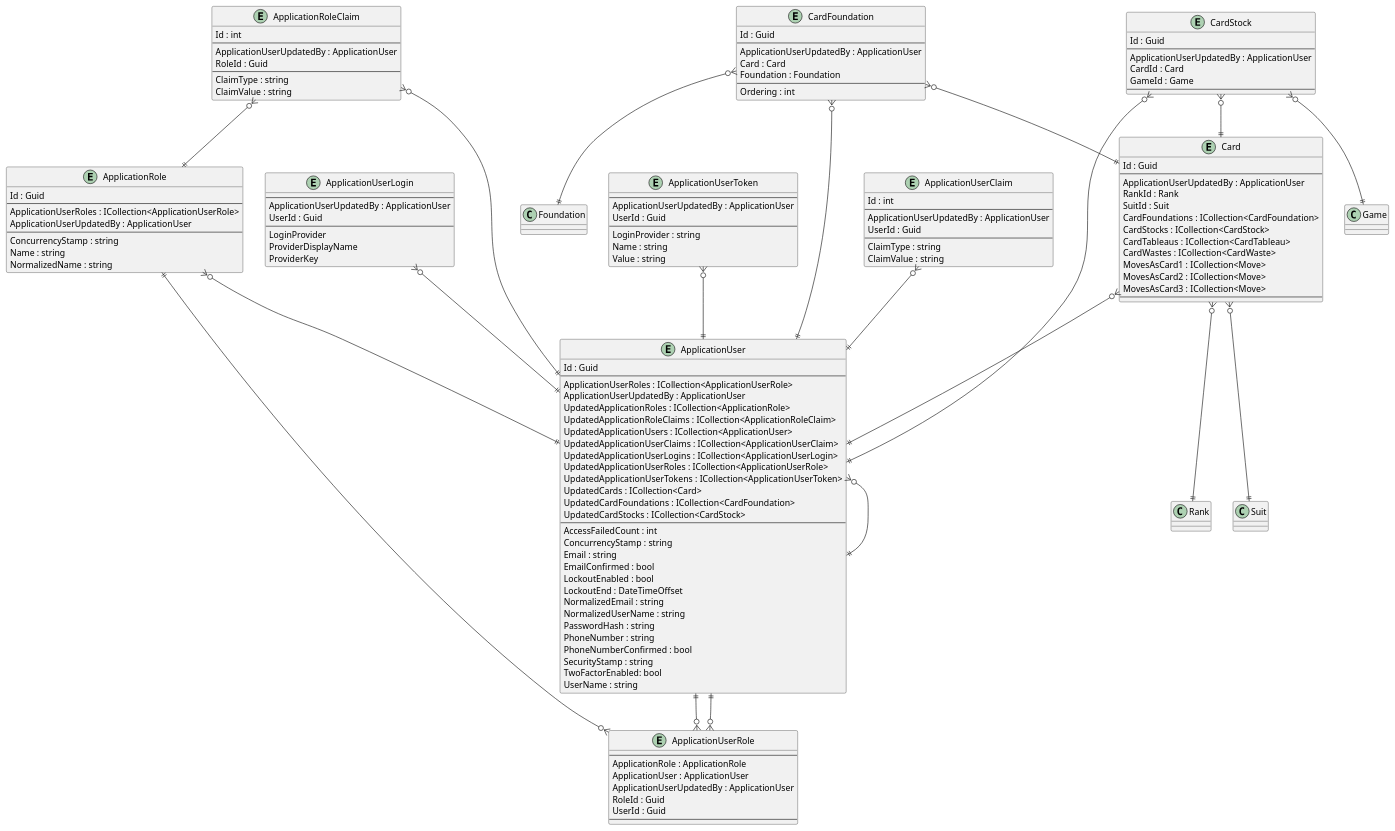
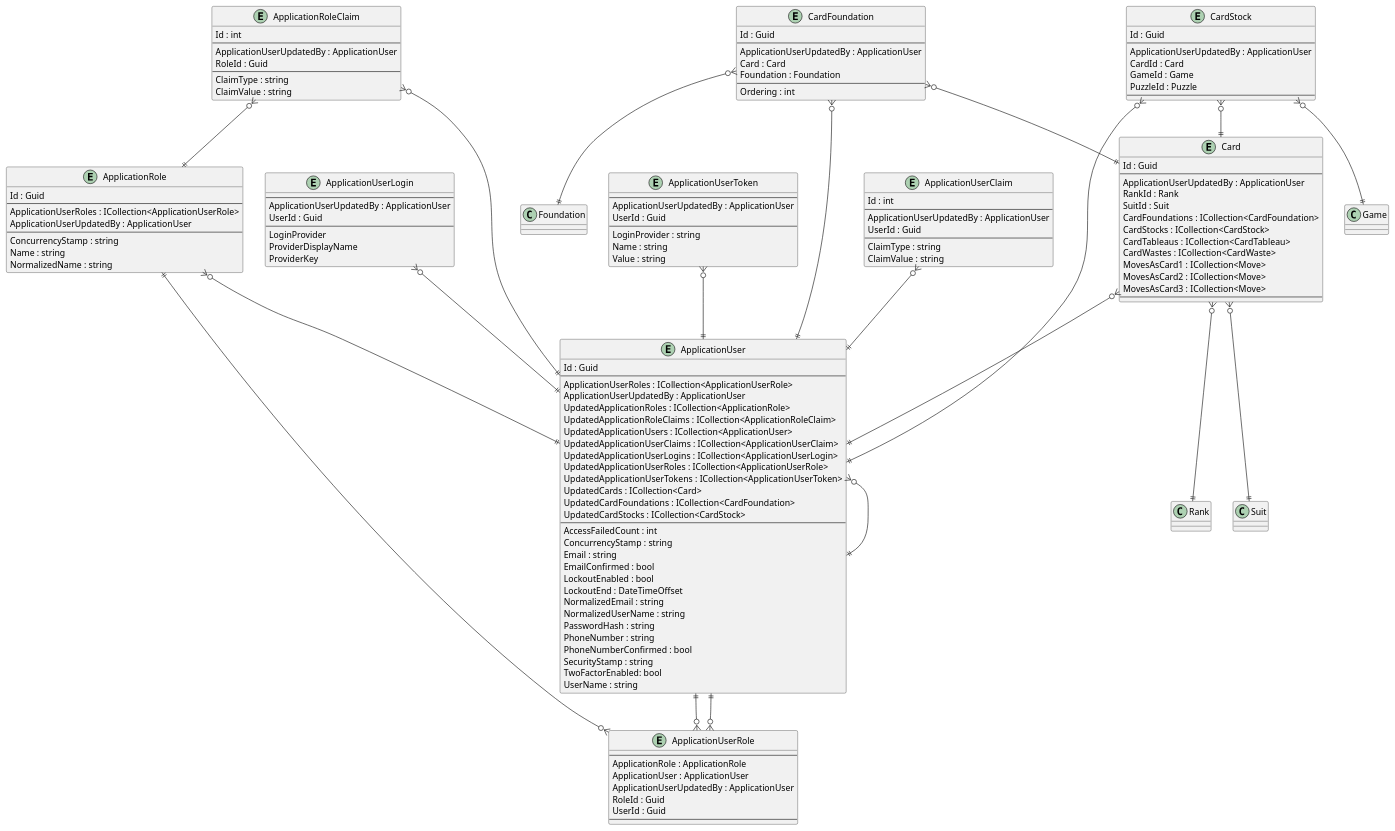
The diagram in .docs/Intrepion.KlondikeSolitaire.pu (intrepion/intrepion_klondike-solitaire_csharp), drawn with PlantUML before and after one commit.

```diff
--- a/.docs/Intrepion.KlondikeSolitaire.pu
+++ b/.docs/Intrepion.KlondikeSolitaire.pu
@@ -1,162 +1,163 @@
 @startuml
 
 entity ApplicationRole {
     Id : Guid
     --
     ApplicationUserRoles : ICollection<ApplicationUserRole>
     ApplicationUserUpdatedBy : ApplicationUser
     --
     ConcurrencyStamp : string
     Name : string
     NormalizedName : string
 }
 
 entity ApplicationRoleClaim {
     Id : int
     --
     ApplicationUserUpdatedBy : ApplicationUser
     RoleId : Guid
     --
     ClaimType : string
     ClaimValue : string
 }
 
 entity ApplicationUser {
     Id : Guid
     --
     ApplicationUserRoles : ICollection<ApplicationUserRole>
     ApplicationUserUpdatedBy : ApplicationUser
     UpdatedApplicationRoles : ICollection<ApplicationRole>
     UpdatedApplicationRoleClaims : ICollection<ApplicationRoleClaim>
     UpdatedApplicationUsers : ICollection<ApplicationUser>
     UpdatedApplicationUserClaims : ICollection<ApplicationUserClaim>
     UpdatedApplicationUserLogins : ICollection<ApplicationUserLogin>
     UpdatedApplicationUserRoles : ICollection<ApplicationUserRole>
     UpdatedApplicationUserTokens : ICollection<ApplicationUserToken>
     UpdatedCards : ICollection<Card>
     UpdatedCardFoundations : ICollection<CardFoundation>
     UpdatedCardStocks : ICollection<CardStock>
     ' ApplicationUserKeyCodePlaceholder
     --
     AccessFailedCount : int
     ConcurrencyStamp : string
     Email : string
     EmailConfirmed : bool
     LockoutEnabled : bool
     LockoutEnd : DateTimeOffset
     NormalizedEmail : string
     NormalizedUserName : string
     PasswordHash : string
     PhoneNumber : string
     PhoneNumberConfirmed : bool
     SecurityStamp : string
     TwoFactorEnabled: bool
     UserName : string
 }
 
 entity ApplicationUserClaim {
     Id : int
     --
     ApplicationUserUpdatedBy : ApplicationUser
     UserId : Guid
     --
     ClaimType : string
     ClaimValue : string
 }
 
 entity ApplicationUserLogin {
     --
     ApplicationUserUpdatedBy : ApplicationUser
     UserId : Guid
     --
     LoginProvider
     ProviderDisplayName
     ProviderKey
 }
 
 entity ApplicationUserRole {
     --
     ApplicationRole : ApplicationRole
     ApplicationUser : ApplicationUser
     ApplicationUserUpdatedBy : ApplicationUser
     RoleId : Guid
     UserId : Guid
     --
 }
 
 entity ApplicationUserToken {
     --
     ApplicationUserUpdatedBy : ApplicationUser
     UserId : Guid
     --
     LoginProvider : string
     Name : string
     Value : string
 }
 
 entity Card {
     Id : Guid
     --
     ApplicationUserUpdatedBy : ApplicationUser
     RankId : Rank
     SuitId : Suit
     CardFoundations : ICollection<CardFoundation>
     CardStocks : ICollection<CardStock>
     CardTableaus : ICollection<CardTableau>
     CardWastes : ICollection<CardWaste>
     MovesAsCard1 : ICollection<Move>
     MovesAsCard2 : ICollection<Move>
     MovesAsCard3 : ICollection<Move>
     ' CardKeyCodePlaceholder
     --
     ' CardPropertyCodePlaceholder
 }
 
 entity CardFoundation {
     Id : Guid
     --
     ApplicationUserUpdatedBy : ApplicationUser
     Card : Card
     Foundation : Foundation
     ' CardFoundationKeyCodePlaceholder
     --
     Ordering : int
     ' CardFoundationPropertyCodePlaceholder
 }
 
 entity CardStock {
     Id : Guid
     --
     ApplicationUserUpdatedBy : ApplicationUser
     CardId : Card
     GameId : Game
+    PuzzleId : Puzzle
     ' CardStockKeyCodePlaceholder
     --
     ' CardStockPropertyCodePlaceholder
 }
 
 ' EntityCodePlaceholder
 
 ApplicationRole ||--o{ ApplicationUserRole
 ApplicationRole }o--|| ApplicationUser
 ApplicationRoleClaim }o--|| ApplicationRole
 ApplicationRoleClaim }o--|| ApplicationUser
 ApplicationUser }o--|| ApplicationUser
 ApplicationUser ||--o{ ApplicationUserRole
 ApplicationUserClaim }o--|| ApplicationUser
 ApplicationUserLogin }o--|| ApplicationUser
 ApplicationUserRole }o--|| ApplicationUser
 ApplicationUserToken }o--|| ApplicationUser
 
 Card }o--|| ApplicationUser
 Card }o--|| Rank
 Card }o--|| Suit
 CardFoundation }o--|| ApplicationUser
 CardFoundation }o--|| Card
 CardFoundation }o--|| Foundation
 CardStock }o--|| ApplicationUser
 CardStock }o--|| Card
 CardStock }o--|| Game
 ' RelationshipCodePlaceholder
 
 @enduml
```
